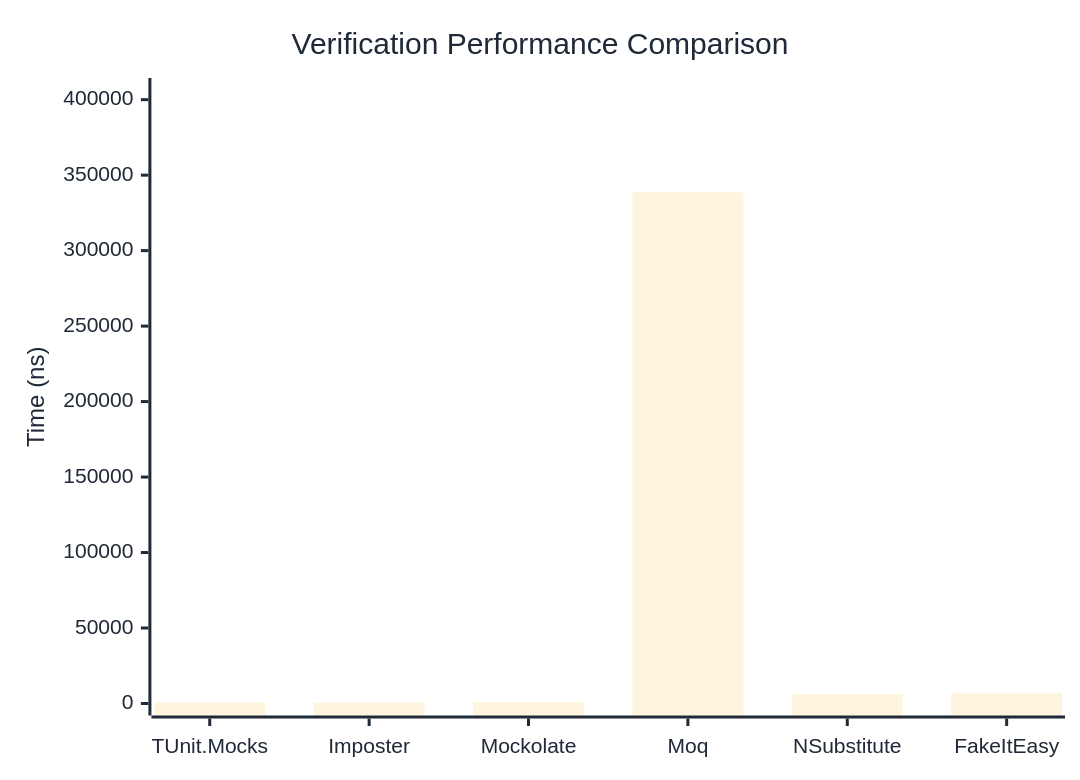
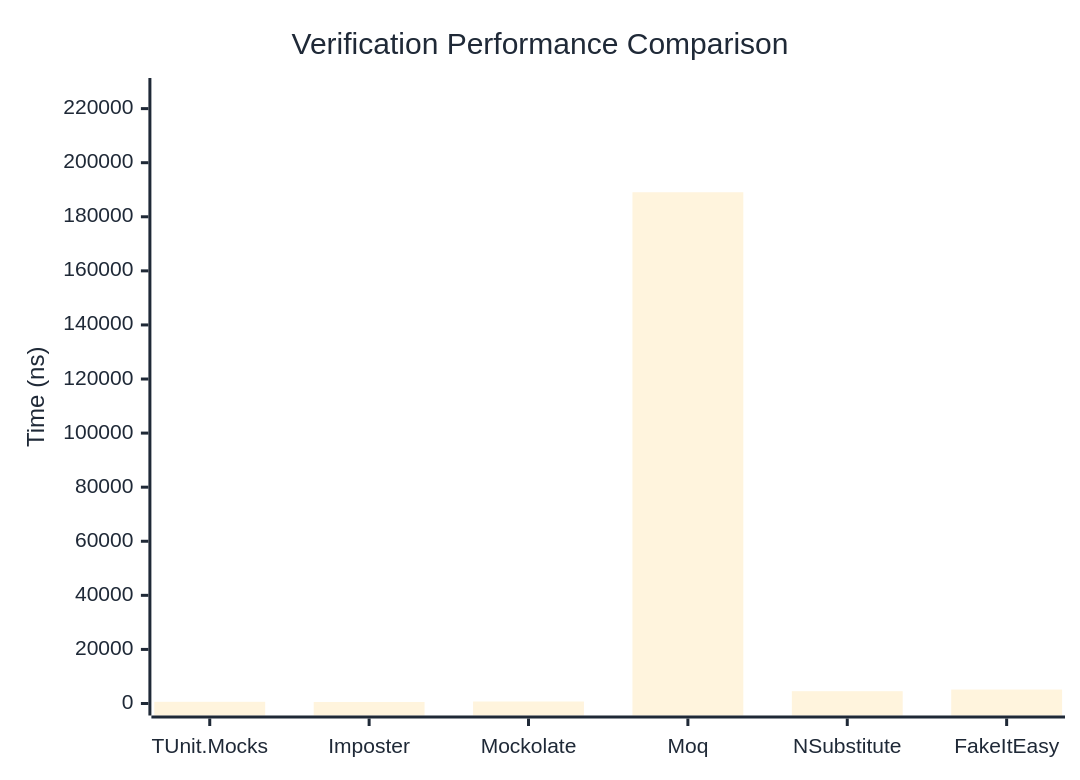
The first of 3 diagrams in docs/docs/benchmarks/mocks/Verification.md (thomhurst/TUnit), drawn with Mermaid before and after one commit. The commit also changed other lines of this file and 14 other files, not shown here.

````diff
--- a/docs/docs/benchmarks/mocks/Verification.md
+++ b/docs/docs/benchmarks/mocks/Verification.md
@@ -28,27 +28,27 @@
 ```mermaid
 %%{init: {
   'theme':'base',
   'themeVariables': {
     'primaryColor': '#2563eb',
     'primaryTextColor': '#1f2937',
     'primaryBorderColor': '#1e40af',
     'lineColor': '#6b7280',
     'secondaryColor': '#7c3aed',
     'tertiaryColor': '#dc2626',
     'background': '#ffffff',
     'pie1': '#2563eb',
     'pie2': '#7c3aed',
     'pie3': '#dc2626',
     'pie4': '#f59e0b',
     'pie5': '#10b981',
     'pie6': '#06b6d4',
     'pie7': '#ec4899',
     'pie8': '#6366f1'
   }
 }}%%
 xychart-beta
   title "Verification Performance Comparison"
   x-axis ["TUnit.Mocks", "Imposter", "Mockolate", "Moq", "NSubstitute", "FakeItEasy"]
-  y-axis "Time (ns)" 0 --> 406402
-  bar [707.45, 675.42, 915.68, 338668.16, 6278.37, 7017.05]
+  y-axis "Time (ns)" 0 --> 226885
+  bar [620.94, 548.88, 734.24, 189070.37, 4553.21, 5159.34]
 ```
````
